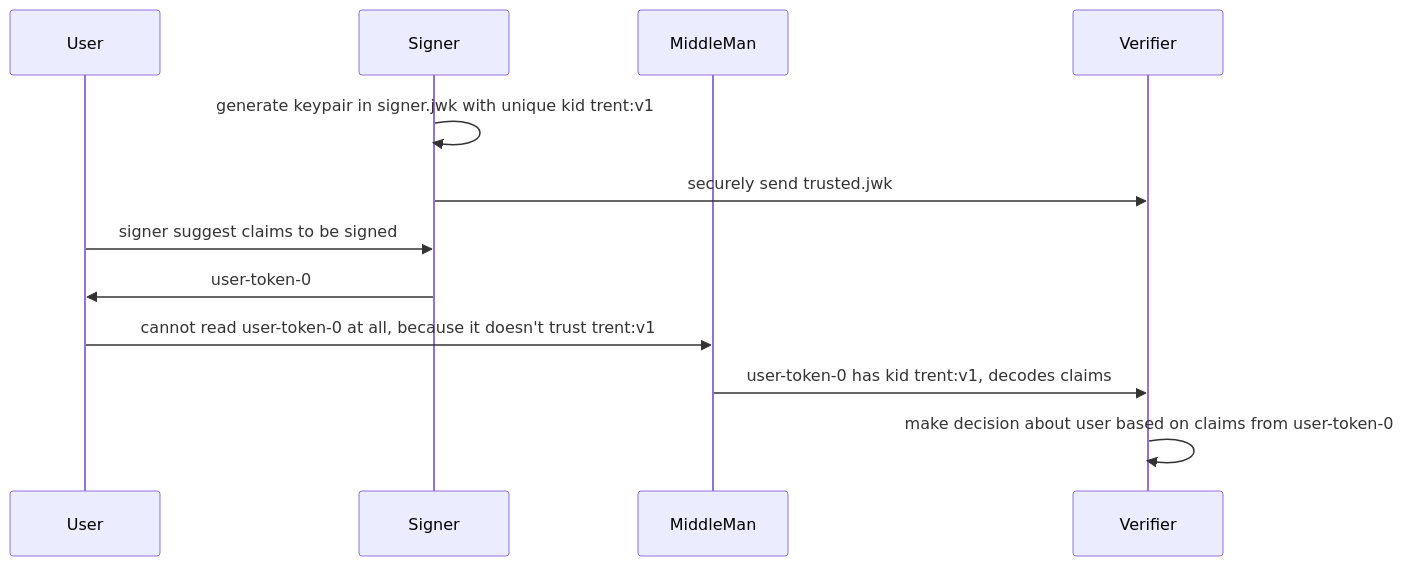
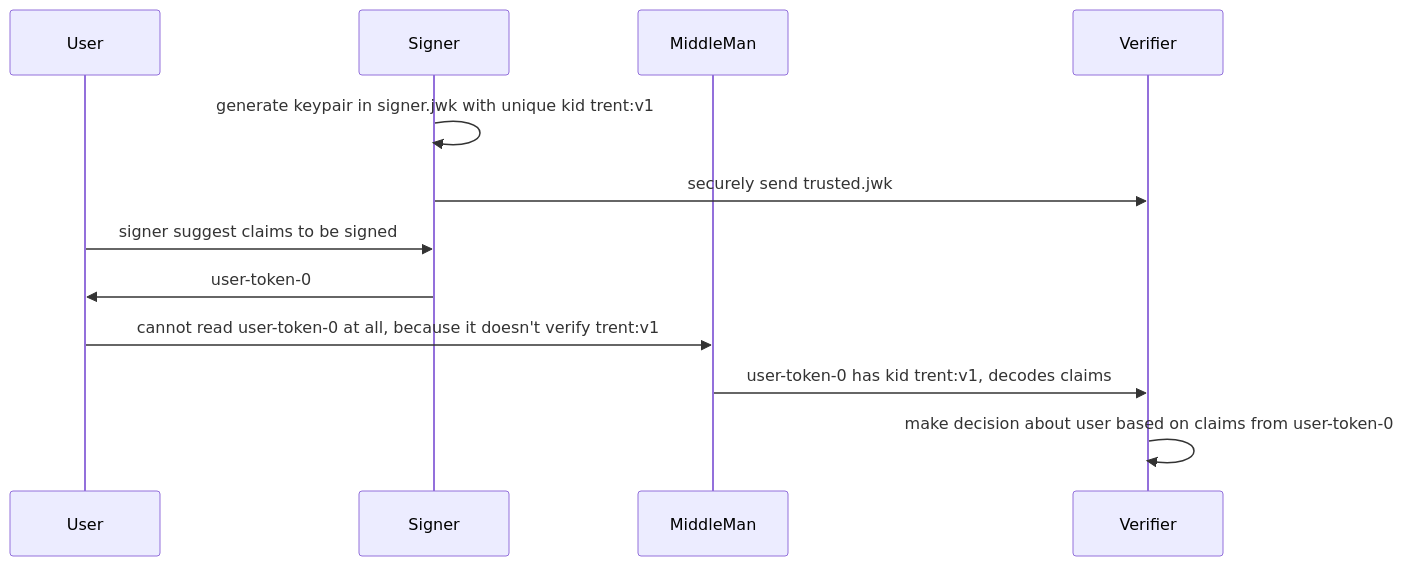
One commit to rfielding/whiskeyTango changed the diagram in README.md. Above: the diagram before and after it, drawn with Mermaid.

Commit message:
add diagram

````diff
--- a/README.md
+++ b/README.md
@@ -23,14 +23,14 @@
 ```mermaid
 sequenceDiagram
   participant User
   participant Signer
   participant MiddleMan
   participant Verifier
   Signer->>Signer: generate keypair in signer.jwk with unique kid trent:v1
   Signer->>Verifier: securely send trusted.jwk
   User->>Signer: signer suggest claims to be signed
   Signer->>User: user-token-0
-  User->>MiddleMan: cannot read user-token-0 at all, because it doesn't trust trent:v1
+  User->>MiddleMan: cannot read user-token-0 at all, because it doesn't verify trent:v1
   MiddleMan->>Verifier: user-token-0 has kid trent:v1, decodes claims
   Verifier->>Verifier: make decision about user based on claims from user-token-0
 ```
````
